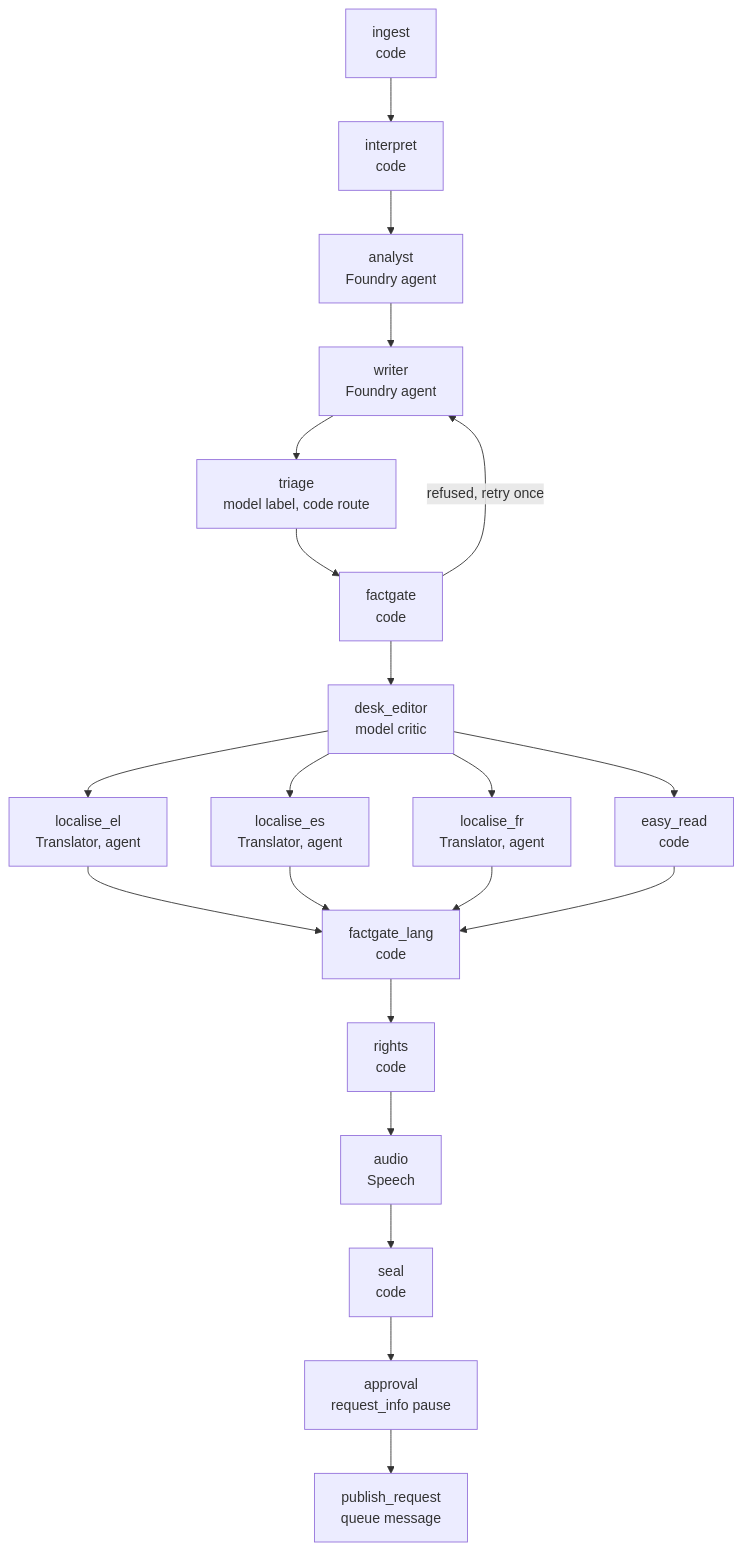
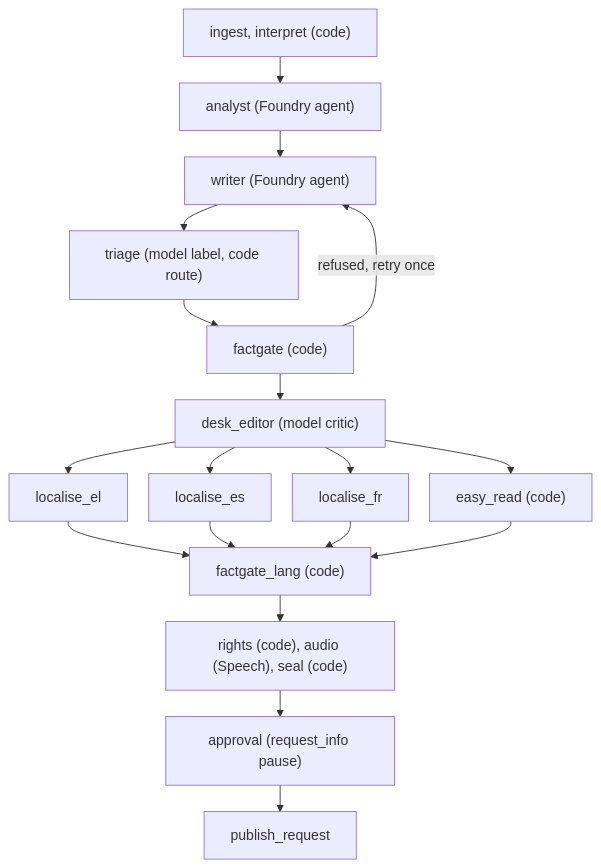
One commit to upgradedev/agon-azure changed the third of 3 diagrams in README.md. Above: the diagram before and after it, drawn with Mermaid. The commit also changed other lines of this file, not shown here.

Commit message:
docs(readme): compact architecture and workflow diagrams, with a table naming each Azure resource

````diff
--- a/README.md
+++ b/README.md
@@ -200,26 +213,24 @@
 ```mermaid
+%%{init: {"flowchart": {"rankSpacing": 30, "nodeSpacing": 24}}}%%
 flowchart TB
-  ingest["ingest<br/>code"]
-  interpret["interpret<br/>code"]
-  analyst["analyst<br/>Foundry agent"]
-  writer["writer<br/>Foundry agent"]
-  triage["triage<br/>model label, code route"]
-  factgate["factgate<br/>code"]
-  desk["desk_editor<br/>model critic"]
-  el["localise_el<br/>Translator, agent"]
-  es["localise_es<br/>Translator, agent"]
-  fr["localise_fr<br/>Translator, agent"]
-  easy["easy_read<br/>code"]
-  lang["factgate_lang<br/>code"]
-  rights["rights<br/>code"]
-  audio["audio<br/>Speech"]
-  seal["seal<br/>code"]
-  approval["approval<br/>request_info pause"]
-  publish["publish_request<br/>queue message"]
-  ingest --> interpret --> analyst --> writer --> triage --> factgate
-  factgate -->|"refused, retry once"| writer
-  factgate --> desk
-  desk --> el & es & fr & easy
-  el & es & fr & easy --> lang
-  lang --> rights --> audio --> seal --> approval --> publish
+  A["ingest, interpret (code)"]
+  B["analyst (Foundry agent)"]
+  C["writer (Foundry agent)"]
+  D["triage (model label, code route)"]
+  E["factgate (code)"]
+  F["desk_editor (model critic)"]
+  G1["localise_el"]
+  G2["localise_es"]
+  G3["localise_fr"]
+  G4["easy_read (code)"]
+  H["factgate_lang (code)"]
+  I["rights (code), audio (Speech), seal (code)"]
+  J["approval (request_info pause)"]
+  K["publish_request"]
+  A --> B --> C --> D --> E
+  E -->|"refused, retry once"| C
+  E --> F
+  F --> G1 & G2 & G3 & G4
+  G1 & G2 & G3 & G4 --> H
+  H --> I --> J --> K
 ```
````
